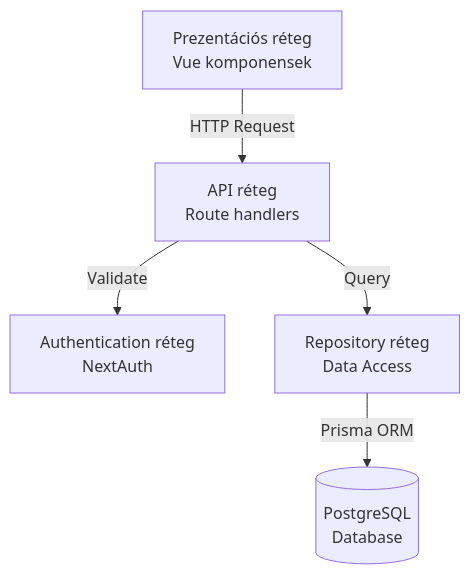
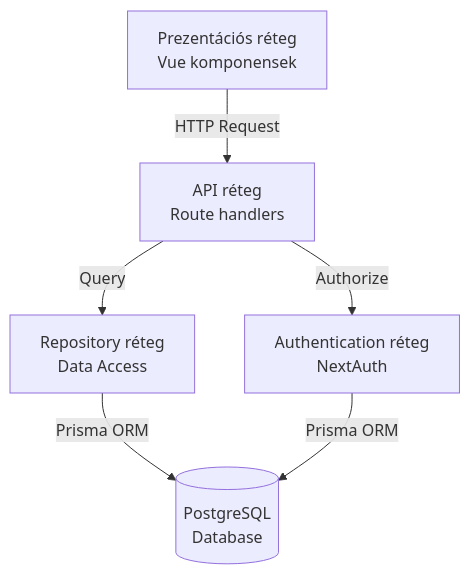
The third of 3 diagrams in docs/documentation.md (SoftwareArchitecturesHomework/core-app), drawn with Mermaid before and after one commit. The commit also changed other lines of this file and 3 other files, not shown here.

````diff
--- a/docs/documentation.md
+++ b/docs/documentation.md
@@ -434,13 +496,14 @@
 ```mermaid
 graph TD
     UI[Prezentációs réteg<br/>Vue komponensek]
     API[API réteg<br/>Route handlers]
     Auth[Authentication réteg<br/>NextAuth]
     Repo[Repository réteg<br/>Data Access]
     DB[(PostgreSQL<br/>Database)]
 
     UI -->|HTTP Request| API
-    API -->|Validate| Auth
+    API -->|Authorize| Auth
     API -->|Query| Repo
     Repo -->|Prisma ORM| DB
+    Auth --> |Prisma ORM| DB
 ```
````
